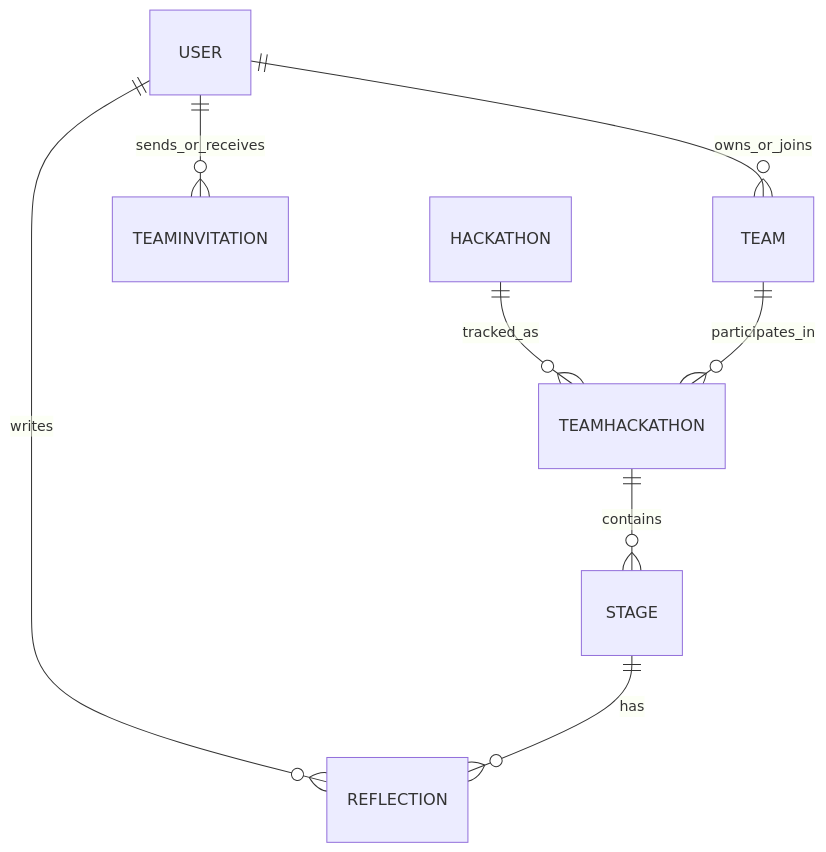
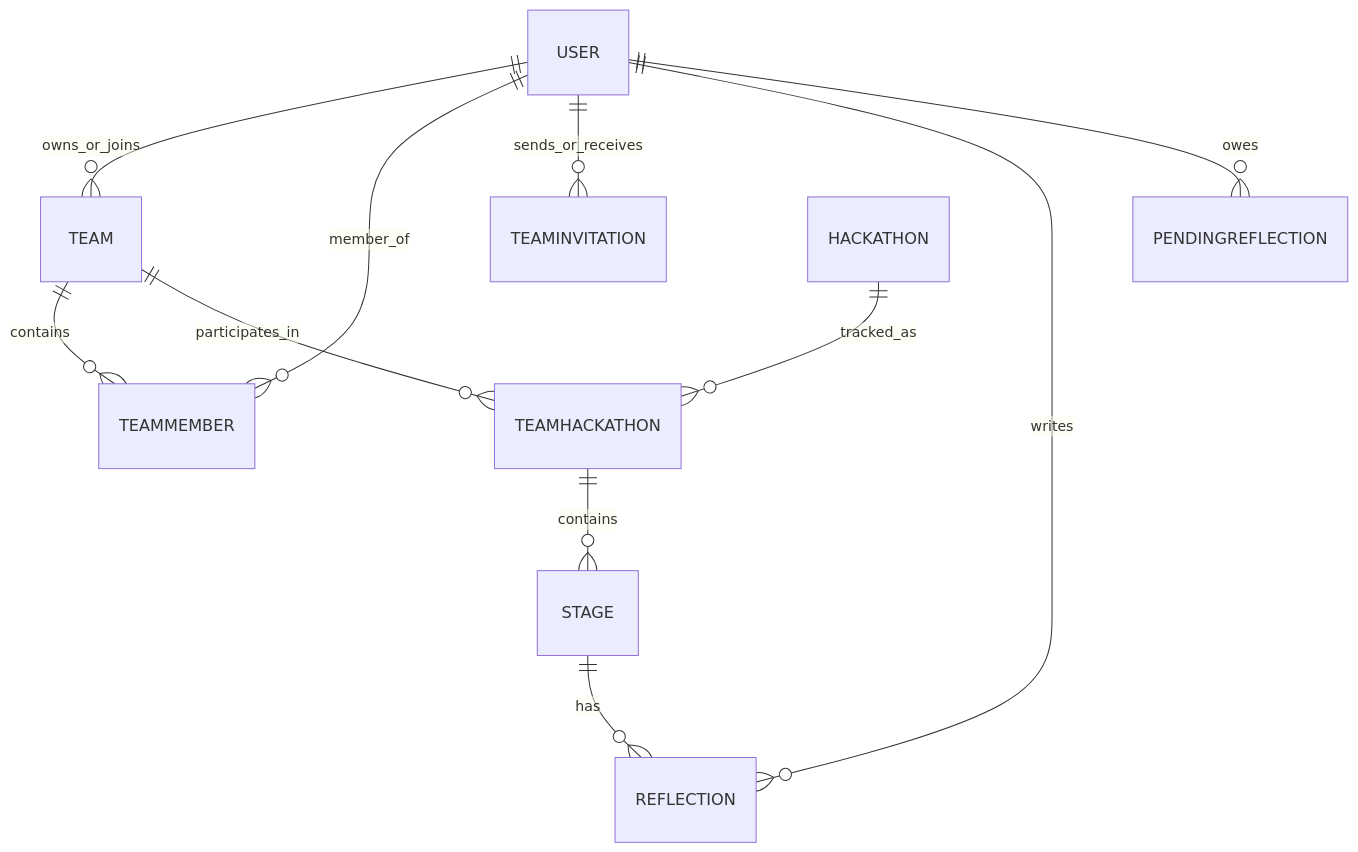
Before and after one commit to Jagdish-Padhi/HackDekh: the diagram in docs/Database.md, drawn with Mermaid. The commit also changed other lines of this file, not shown here.

Commit message:
docs: rewrite Database.md for DynamoDB schema

````diff
--- a/docs/Database.md
+++ b/docs/Database.md
@@ -28,10 +33,13 @@
 ```mermaid
 erDiagram
   USER ||--o{ TEAM : owns_or_joins
+  USER ||--o{ TEAMMEMBER : member_of
+  TEAM ||--o{ TEAMMEMBER : contains
   USER ||--o{ TEAMINVITATION : sends_or_receives
   USER ||--o{ REFLECTION : writes
+  USER ||--o{ PENDINGREFLECTION : owes
   HACKATHON ||--o{ TEAMHACKATHON : tracked_as
   TEAM ||--o{ TEAMHACKATHON : participates_in
   TEAMHACKATHON ||--o{ STAGE : contains
   STAGE ||--o{ REFLECTION : has
 ```
````
